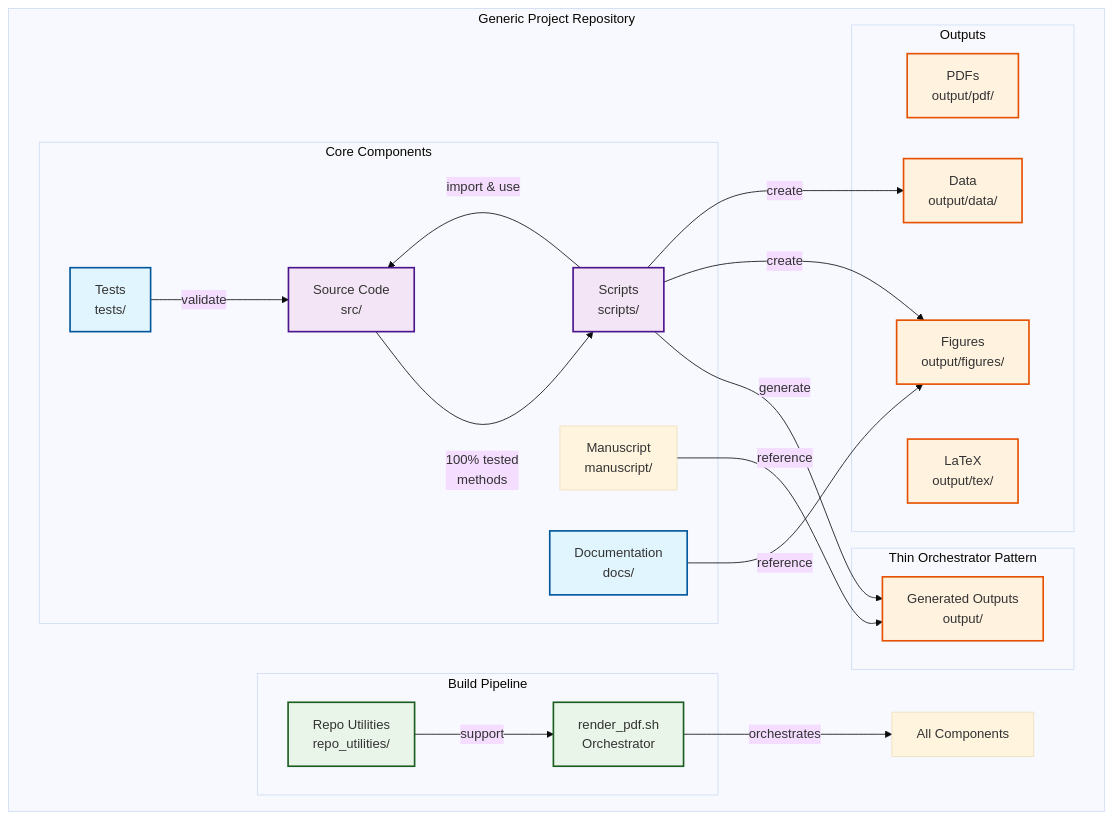
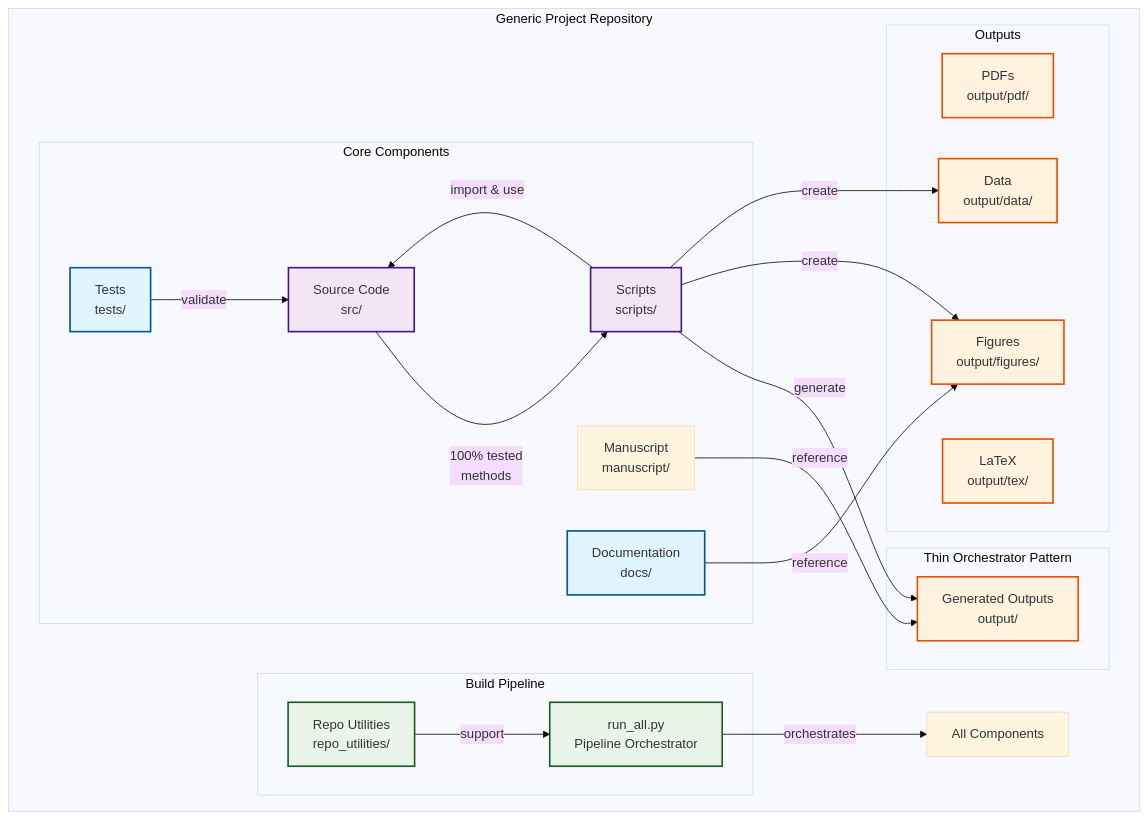
One commit to docxology/template changed the first of 4 diagrams in docs/ARCHITECTURE.md. Above: the diagram before and after it, drawn with Mermaid (base theme). The commit also changed other lines of this file and 176 other files, not shown here.

````diff
--- a/docs/ARCHITECTURE.md
+++ b/docs/ARCHITECTURE.md
@@ -15,49 +15,49 @@
 ```mermaid
 graph TB
     subgraph "Generic Project Repository"
         subgraph "Core Components"
             SRC[Source Code<br/>src/]
             TESTS[Tests<br/>tests/]
             SCRIPTS[Scripts<br/>scripts/]
             MD[Documentation<br/>docs/]
             MANUSCRIPT[Manuscript<br/>manuscript/]
         end
         
         subgraph "Thin Orchestrator Pattern"
             SRC -->|"100% tested<br/>methods"| SCRIPTS
             SCRIPTS -->|"import & use"| SRC
             SCRIPTS -->|"generate"| OUTPUTS
             MANUSCRIPT -->|"reference"| OUTPUTS
         end
         
         subgraph "Build Pipeline"
             REPO_UTILS[Repo Utilities<br/>repo_utilities/]
-            RENDER[render_pdf.sh<br/>Orchestrator]
+            RENDER[run_all.py<br/>Pipeline Orchestrator]
         end
         
         subgraph "Outputs"
             OUTPUTS[Generated Outputs<br/>output/]
             PDFS[PDFs<br/>output/pdf/]
             FIGS[Figures<br/>output/figures/]
             DATA[Data<br/>output/data/]
             TEX[LaTeX<br/>output/tex/]
         end
         
         TESTS -->|"validate"| SRC
         SCRIPTS -->|"create"| FIGS
         SCRIPTS -->|"create"| DATA
         MD -->|"reference"| FIGS
         RENDER -->|"orchestrates"| ALL[All Components]
         REPO_UTILS -->|"support"| RENDER
     end
     
     classDef core fill:#e1f5fe,stroke:#01579b,stroke-width:2px
     classDef pattern fill:#f3e5f5,stroke:#4a148c,stroke-width:2px
     classDef pipeline fill:#e8f5e8,stroke:#1b5e20,stroke-width:2px
     classDef outputs fill:#fff3e0,stroke:#e65100,stroke-width:2px
     
     class SRC,TESTS,SCRIPTS,MD core
     class SRC,SCRIPTS pattern
     class REPO_UTILS,RENDER pipeline
     class OUTPUTS,PDFS,FIGS,DATA,TEX outputs
 ```
````
